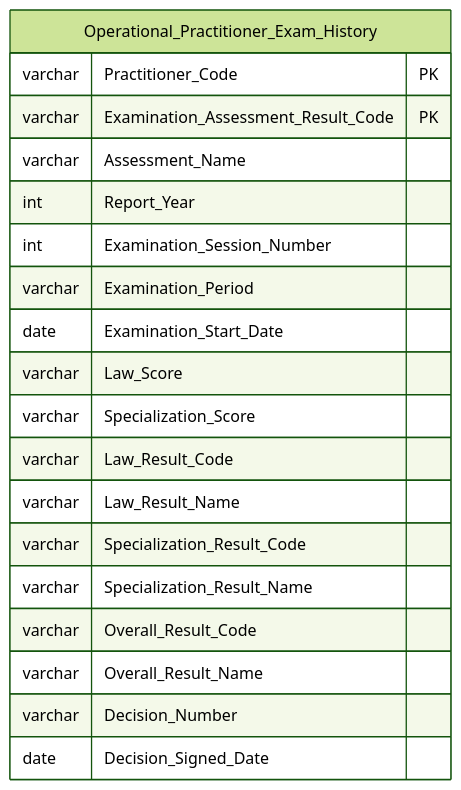
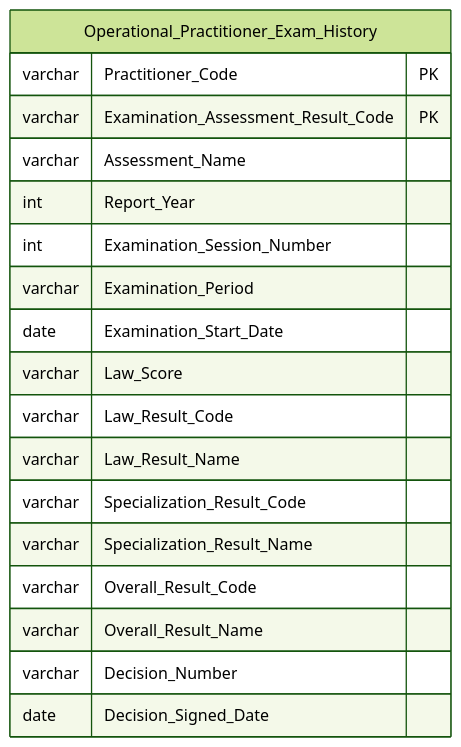
One commit to linhlvit/ubck_atomic_design changed diagram 32 of 40 in Datamart/hld/DTM_NHNCK_HLD.md. Above: the diagram before and after it, drawn with Mermaid (forest theme). The commit also changed other lines of this file and 19 other files, not shown here.

````diff
--- a/Datamart/hld/DTM_NHNCK_HLD.md
+++ b/Datamart/hld/DTM_NHNCK_HLD.md
@@ -1323,23 +1322,22 @@
 ```mermaid
 erDiagram
     Operational_Practitioner_Exam_History {
         varchar Practitioner_Code PK
         varchar Examination_Assessment_Result_Code PK
         varchar Assessment_Name
         int Report_Year
         int Examination_Session_Number
         varchar Examination_Period
         date Examination_Start_Date
         varchar Law_Score
-        varchar Specialization_Score
         varchar Law_Result_Code
         varchar Law_Result_Name
         varchar Specialization_Result_Code
         varchar Specialization_Result_Name
         varchar Overall_Result_Code
         varchar Overall_Result_Name
         varchar Decision_Number
         date Decision_Signed_Date
 
     }
 ```
````
